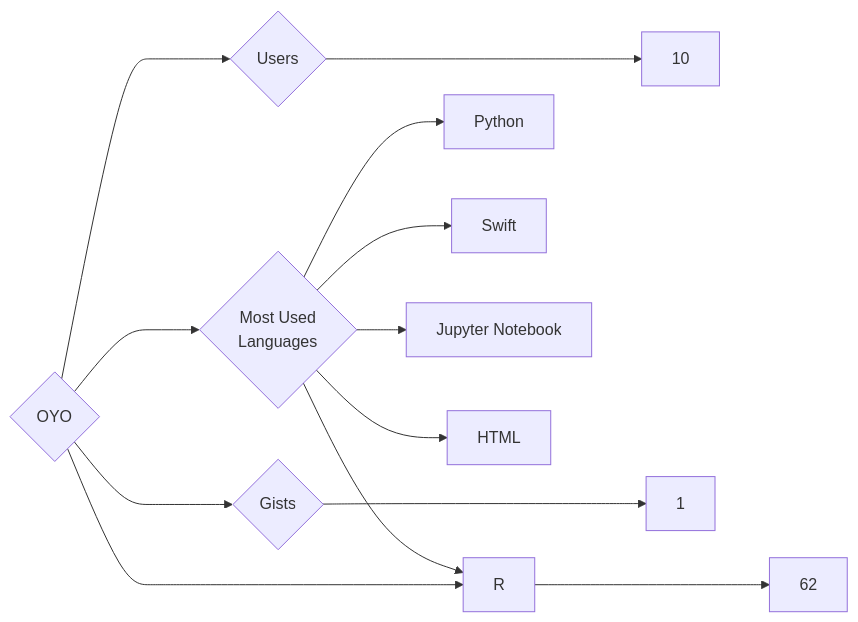
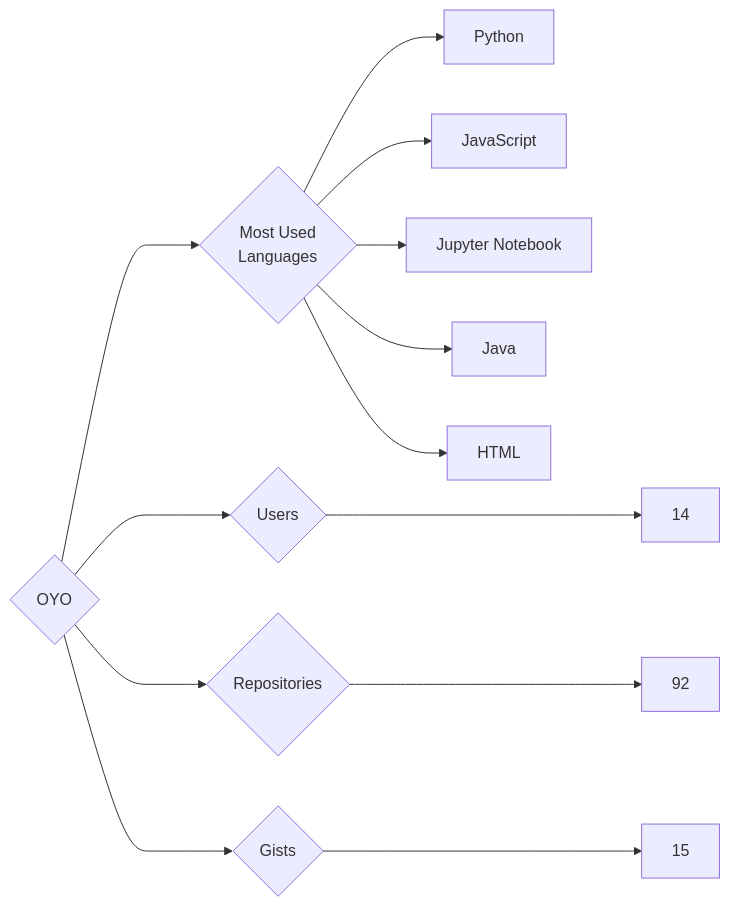
One commit to trickest/insiders changed the diagram in targets/OYO/README.md. Above: the diagram before and after it, drawn with Mermaid. The commit also changed 912 other files, not shown here.

````diff
--- a/targets/OYO/README.md
+++ b/targets/OYO/README.md
@@ -3,13 +3,13 @@
 ```mermaid
 graph LR
 COMPANY_NAME{OYO}
-COMPANY_NAME ---> U{Users} ---> UN[10]
-COMPANY_NAME ---> R{Repositories} ---> RN[62]
-COMPANY_NAME ---> G{Gists} ---> GN[1]
+COMPANY_NAME ---> U{Users} ---> UN[14]
+COMPANY_NAME ---> R{Repositories} ---> RN[92]
+COMPANY_NAME ---> G{Gists} ---> GN[15]
 COMPANY_NAME ---> ML{Most Used<br>Languages}
 ML --> Python[Python]
-ML --> Swift[Swift]
+ML --> JavaScript[JavaScript]
 ML --> Jupyter_Notebook[Jupyter Notebook]
+ML --> Java[Java]
 ML --> HTML[HTML]
-ML --> R[R]
 ```
````
